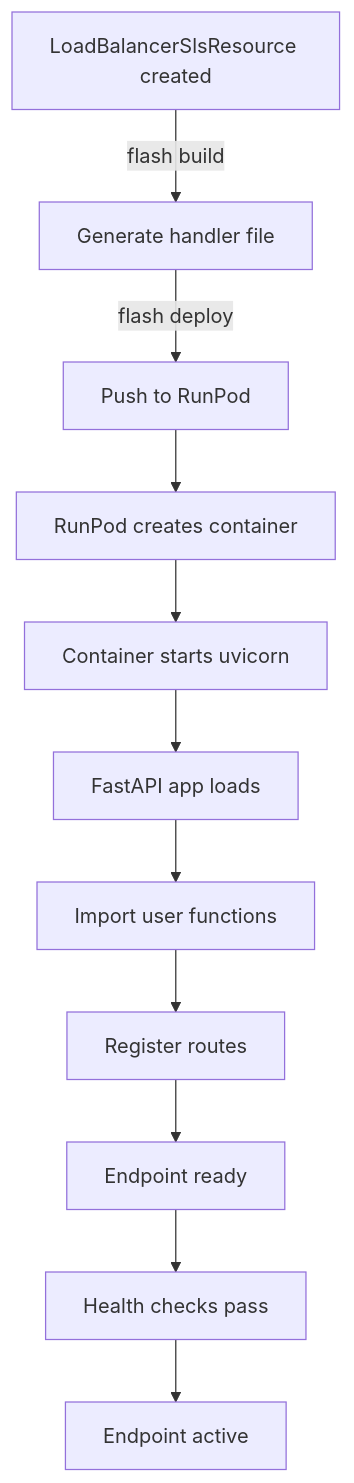
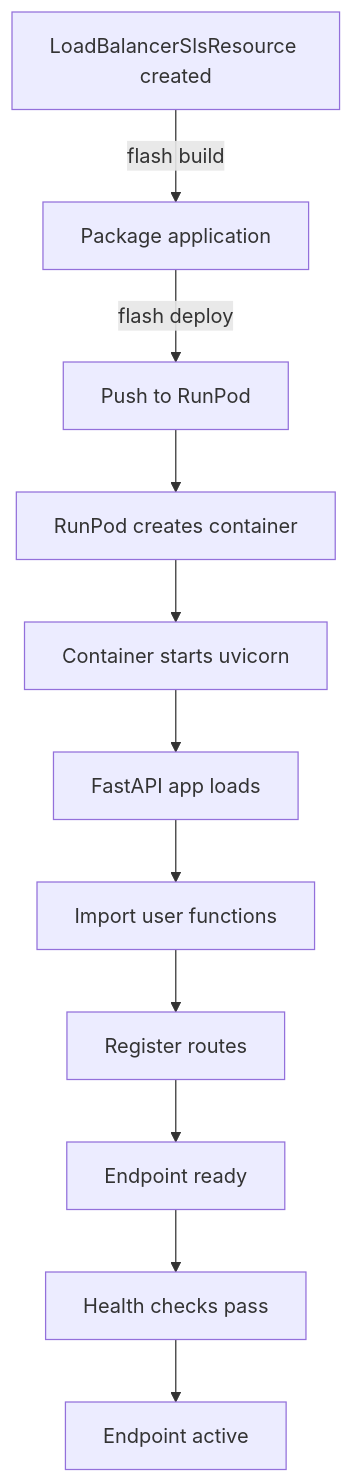
The second of 6 diagrams in docs/LoadBalancer_Runtime_Architecture.md (runpod/tetra-rp), drawn with Mermaid before and after one commit. The commit also changed other lines of this file and 30 other files, not shown here.

First line of the commit message:
refactor(build): remove deprecated handler generator and add verification scripts (#166)

````diff
--- a/docs/LoadBalancer_Runtime_Architecture.md
+++ b/docs/LoadBalancer_Runtime_Architecture.md
@@ -76,13 +70,13 @@
 ```mermaid
 graph TD
-    A["LoadBalancerSlsResource created"] -->|flash build| B["Generate handler file"]
+    A["LoadBalancerSlsResource created"] -->|flash build| B["Package application"]
     B -->|flash deploy| C["Push to RunPod"]
     C --> D["RunPod creates container"]
     D --> E["Container starts uvicorn"]
     E --> F["FastAPI app loads"]
     F --> G["Import user functions"]
     G --> H["Register routes"]
     H --> I["Endpoint ready"]
     I --> J["Health checks pass"]
     J --> K["Endpoint active"]
 ```
````
